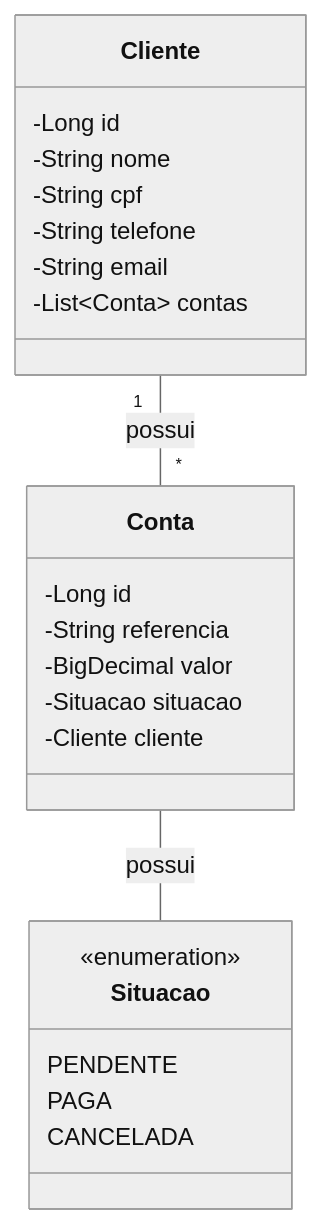
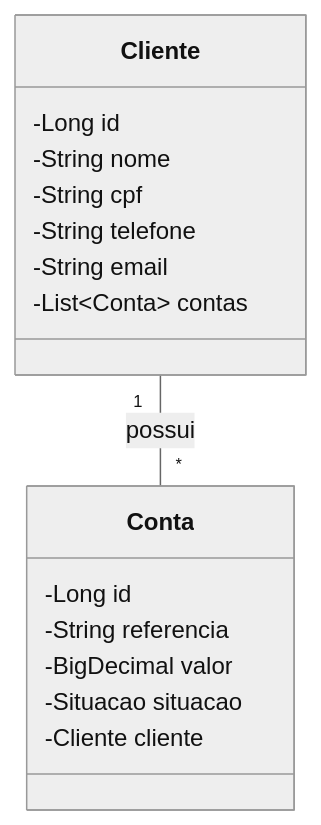
The diagram in README.md (cleybson7/projetoAvaliativo), drawn with Mermaid (neutral theme) before and after one commit. The commit also changed other lines of this file, not shown here.

Commit message:
finalizado

````diff
--- a/README.md
+++ b/README.md
@@ -50,26 +52,19 @@
 ```mermaid
 classDiagram
     class Cliente {
         -Long id
         -String nome
         -String cpf
         -String telefone
         -String email
         -List~Conta~ contas
     }
     class Conta {
         -Long id
         -String referencia
         -BigDecimal valor
         -Situacao situacao
         -Cliente cliente
     }
-    class Situacao {
-        <<enumeration>>
-        PENDENTE
-        PAGA
-        CANCELADA
-    }
     Cliente "1" -- "*" Conta : possui
-    Conta -- Situacao : possui
 ```
````
